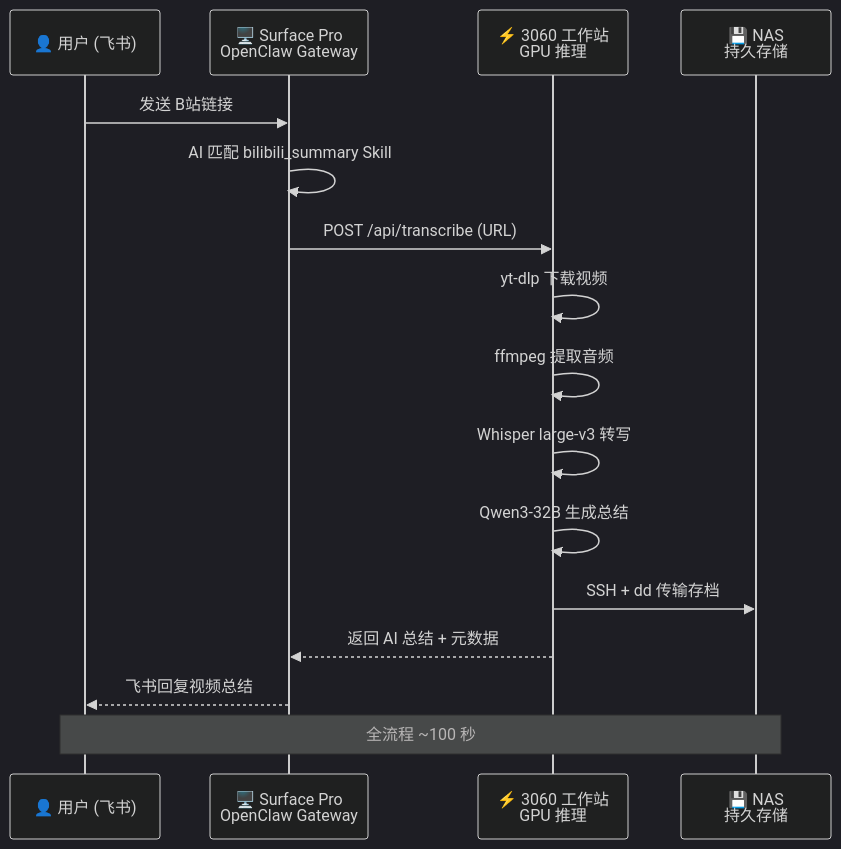
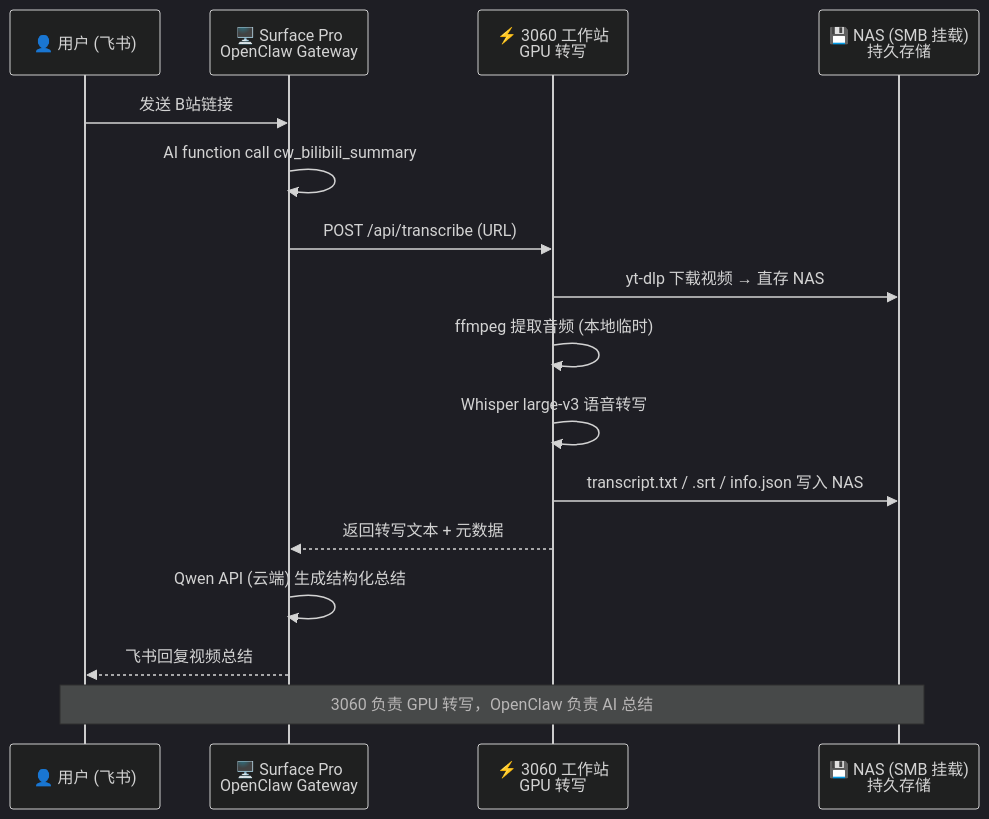
Before and after one commit to chenweidu666/OpenClaw-Private-AI: the second of 2 diagrams in README.md, drawn with Mermaid (dark theme). The commit also changed other lines of this file and 2 other files, not shown here.

First line of the commit message:
docs: bilibili v6架构重构(3060转写+Qwen API总结) + NAS SMB挂载优化

````diff
--- a/README.md
+++ b/README.md
@@ -77,19 +77,19 @@
 ```mermaid
 sequenceDiagram
     participant U as 👤 用户 (飞书)
     participant S as 🖥️ Surface Pro<br/>OpenClaw Gateway
-    participant G as ⚡ 3060 工作站<br/>GPU 推理
-    participant N as 💾 NAS<br/>持久存储
+    participant G as ⚡ 3060 工作站<br/>GPU 转写
+    participant N as 💾 NAS (SMB 挂载)<br/>持久存储
 
     U->>S: 发送 B站链接
-    S->>S: AI 匹配 bilibili_summary Skill
+    S->>S: AI function call cw_bilibili_summary
     S->>G: POST /api/transcribe (URL)
-    G->>G: yt-dlp 下载视频
-    G->>G: ffmpeg 提取音频
-    G->>G: Whisper large-v3 转写
-    G->>G: Qwen3-32B 生成总结
-    G->>N: SSH + dd 传输存档
-    G-->>S: 返回 AI 总结 + 元数据
+    G->>N: yt-dlp 下载视频 → 直存 NAS
+    G->>G: ffmpeg 提取音频 (本地临时)
+    G->>G: Whisper large-v3 语音转写
+    G->>N: transcript.txt / .srt / info.json 写入 NAS
+    G-->>S: 返回转写文本 + 元数据
+    S->>S: Qwen API (云端) 生成结构化总结
     S-->>U: 飞书回复视频总结
-    Note over U,N: 全流程 ~100 秒
+    Note over U,N: 3060 负责 GPU 转写，OpenClaw 负责 AI 总结
 ```
````
